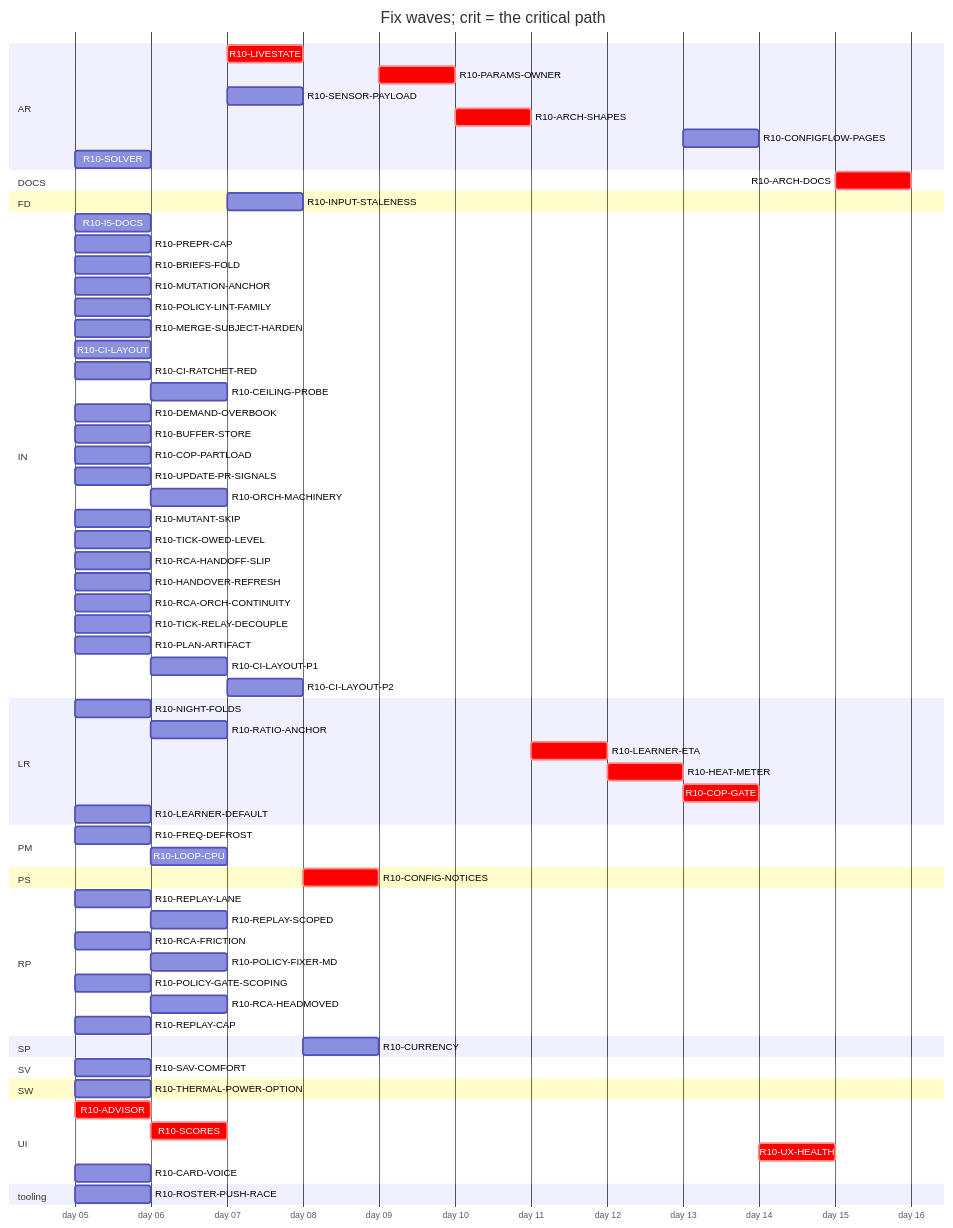
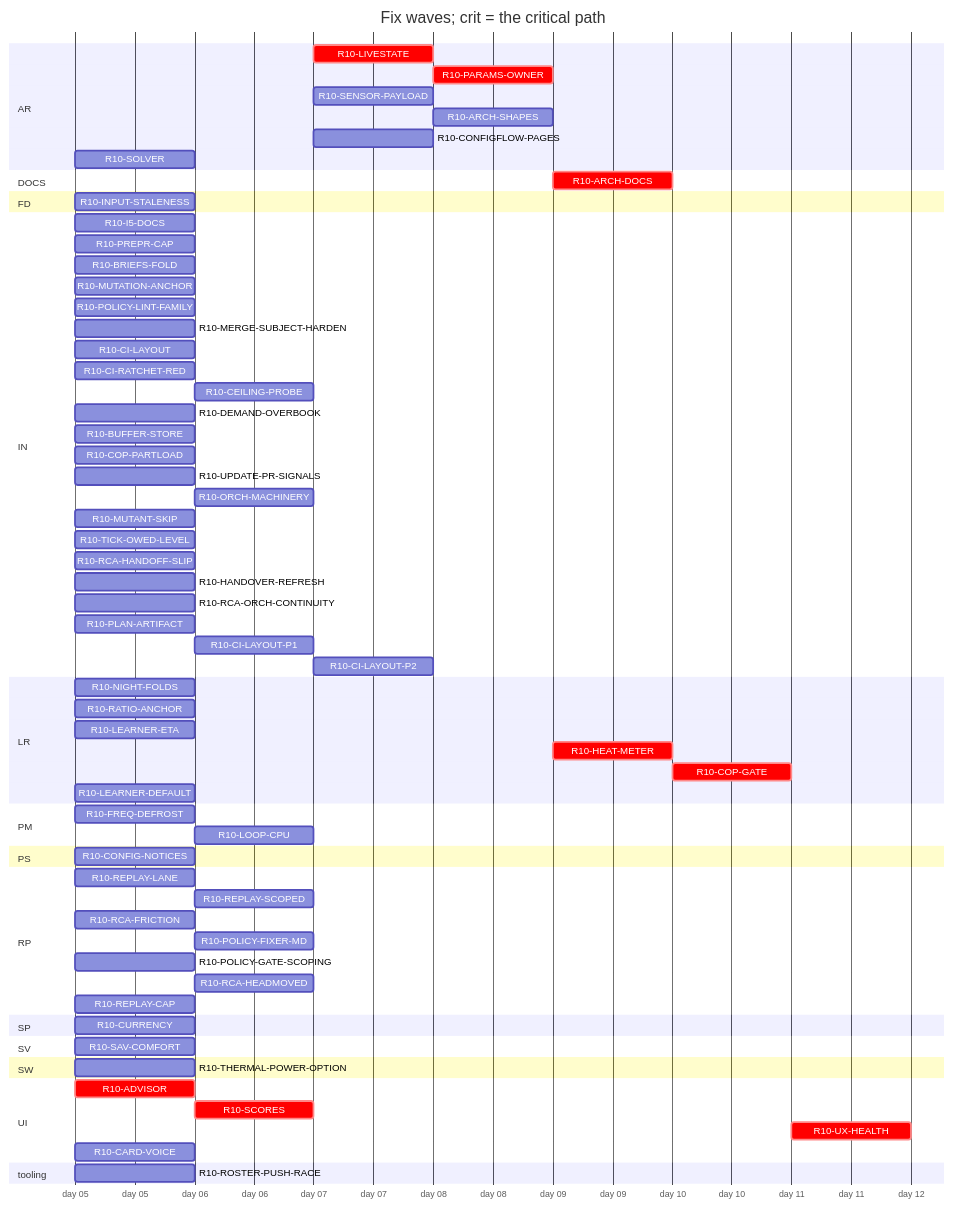
The diagram in handoff/round10/state/PLAN-TABLE.md (tvofi/heatpump_optimizer), drawn with Mermaid before and after one commit. The commit also changed other lines of this file and 2 other files, not shown here.

````diff
--- a/handoff/round10/state/PLAN-TABLE.md
+++ b/handoff/round10/state/PLAN-TABLE.md
@@ -26,74 +26,73 @@
 ```mermaid
 gantt
   title Fix waves; crit = the critical path
   dateFormat YYYY-MM-DD
   axisFormat day %d
   section AR
-    R10-LIVESTATE :crit, r10LIVESTATE, after r10SCORES, 1d
-    R10-PARAMS-OWNER :crit, r10PARAMSOWNER, after r10CONFIGNOTICES, 1d
+    R10-LIVESTATE :crit, r10LIVESTATE, after r10SCORES r10LOOPCPU, 1d
+    R10-PARAMS-OWNER :crit, r10PARAMSOWNER, after r10LIVESTATE r10NIGHTFOLDS r10RATIOANCHOR, 1d
     R10-SENSOR-PAYLOAD :r10SENSORPAYLOAD, after r10SCORES, 1d
-    R10-ARCH-SHAPES :crit, r10ARCHSHAPES, after r10PARAMSOWNER r10SENSORPAYLOAD r10FREQDEFROST, 1d
+    R10-ARCH-SHAPES :r10ARCHSHAPES, after r10SENSORPAYLOAD r10FREQDEFROST r10LIVESTATE r10INPUTSTALENESS, 1d
     R10-CONFIGFLOW-PAGES :r10CONFIGFLOWPAGES, after r10HEATMETER, 1d
     R10-SOLVER :r10SOLVER, 2026-01-05, 1d
   section DOCS
     R10-ARCH-DOCS :crit, r10ARCHDOCS, after r10NIGHTFOLDS r10RATIOANCHOR r10INPUTSTALENESS r10CURRENCY r10FREQDEFROST r10LOOPCPU r10ADVISOR r10SCORES r10LIVESTATE r10CONFIGNOTICES r10PARAMSOWNER r10SENSORPAYLOAD r10ARCHSHAPES r10LEARNERETA r10HEATMETER r10COPGATE r10UXHEALTH r10CONFIGFLOWPAGES r10SOLVER r10I5DOCS r10BRIEFSFOLD r10REPLAYLANE r10REPLAYSCOPED, 1d
   section FD
-    R10-INPUT-STALENESS :r10INPUTSTALENESS, after r10RATIOANCHOR, 1d
+    R10-INPUT-STALENESS :r10INPUTSTALENESS, 2026-01-05, 1d
   section IN
     R10-I5-DOCS :r10I5DOCS, 2026-01-05, 1d
     R10-PREPR-CAP :r10PREPRCAP, 2026-01-05, 1d
     R10-BRIEFS-FOLD :r10BRIEFSFOLD, 2026-01-05, 1d
     R10-MUTATION-ANCHOR :r10MUTATIONANCHOR, 2026-01-05, 1d
     R10-POLICY-LINT-FAMILY :r10POLICYLINTFAMILY, 2026-01-05, 1d
     R10-MERGE-SUBJECT-HARDEN :r10MERGESUBJECTHARDEN, 2026-01-05, 1d
     R10-CI-LAYOUT :r10CILAYOUT, 2026-01-05, 1d
     R10-CI-RATCHET-RED :r10CIRATCHETRED, 2026-01-05, 1d
     R10-CEILING-PROBE :r10CEILINGPROBE, after r10CILAYOUT r10NIGHTFOLDS, 1d
     R10-DEMAND-OVERBOOK :r10DEMANDOVERBOOK, 2026-01-05, 1d
     R10-BUFFER-STORE :r10BUFFERSTORE, 2026-01-05, 1d
     R10-COP-PARTLOAD :r10COPPARTLOAD, 2026-01-05, 1d
     R10-UPDATE-PR-SIGNALS :r10UPDATEPRSIGNALS, 2026-01-05, 1d
     R10-ORCH-MACHINERY :r10ORCHMACHINERY, after r10CILAYOUT, 1d
     R10-MUTANT-SKIP :r10MUTANTSKIP, 2026-01-05, 1d
     R10-TICK-OWED-LEVEL :r10TICKOWEDLEVEL, 2026-01-05, 1d
     R10-RCA-HANDOFF-SLIP :r10RCAHANDOFFSLIP, 2026-01-05, 1d
     R10-HANDOVER-REFRESH :r10HANDOVERREFRESH, 2026-01-05, 1d
     R10-RCA-ORCH-CONTINUITY :r10RCAORCHCONTINUITY, 2026-01-05, 1d
-    R10-TICK-RELAY-DECOUPLE :r10TICKRELAYDECOUPLE, 2026-01-05, 1d
     R10-PLAN-ARTIFACT :r10PLANARTIFACT, 2026-01-05, 1d
     R10-CI-LAYOUT-P1 :r10CILAYOUTP1, after r10CILAYOUT, 1d
     R10-CI-LAYOUT-P2 :r10CILAYOUTP2, after r10CILAYOUTP1, 1d
   section LR
     R10-NIGHT-FOLDS :r10NIGHTFOLDS, 2026-01-05, 1d
-    R10-RATIO-ANCHOR :r10RATIOANCHOR, after r10NIGHTFOLDS, 1d
-    R10-LEARNER-ETA :crit, r10LEARNERETA, after r10ARCHSHAPES, 1d
-    R10-HEAT-METER :crit, r10HEATMETER, after r10LEARNERETA r10INPUTSTALENESS r10RATIOANCHOR, 1d
+    R10-RATIO-ANCHOR :r10RATIOANCHOR, 2026-01-05, 1d
+    R10-LEARNER-ETA :r10LEARNERETA, 2026-01-05, 1d
+    R10-HEAT-METER :crit, r10HEATMETER, after r10LEARNERETA r10INPUTSTALENESS r10RATIOANCHOR r10PARAMSOWNER r10ARCHSHAPES r10THERMALPOWEROPTION, 1d
     R10-COP-GATE :crit, r10COPGATE, after r10HEATMETER r10SENSORPAYLOAD, 1d
     R10-LEARNER-DEFAULT :r10LEARNERDEFAULT, 2026-01-05, 1d
   section PM
     R10-FREQ-DEFROST :r10FREQDEFROST, 2026-01-05, 1d
-    R10-LOOP-CPU :r10LOOPCPU, after r10FREQDEFROST, 1d
+    R10-LOOP-CPU :r10LOOPCPU, after r10NIGHTFOLDS, 1d
   section PS
-    R10-CONFIG-NOTICES :crit, r10CONFIGNOTICES, after r10LIVESTATE, 1d
+    R10-CONFIG-NOTICES :r10CONFIGNOTICES, 2026-01-05, 1d
   section RP
     R10-REPLAY-LANE :r10REPLAYLANE, 2026-01-05, 1d
     R10-REPLAY-SCOPED :r10REPLAYSCOPED, after r10REPLAYLANE, 1d
     R10-RCA-FRICTION :r10RCAFRICTION, 2026-01-05, 1d
     R10-POLICY-FIXER-MD :r10POLICYFIXERMD, after r10RCAFRICTION r10BRIEFSFOLD, 1d
     R10-POLICY-GATE-SCOPING :r10POLICYGATESCOPING, 2026-01-05, 1d
     R10-RCA-HEADMOVED :r10RCAHEADMOVED, after r10RCAFRICTION, 1d
     R10-REPLAY-CAP :r10REPLAYCAP, 2026-01-05, 1d
   section SP
-    R10-CURRENCY :r10CURRENCY, after r10INPUTSTALENESS, 1d
+    R10-CURRENCY :r10CURRENCY, 2026-01-05, 1d
   section SV
     R10-SAV-COMFORT :r10SAVCOMFORT, 2026-01-05, 1d
   section SW
     R10-THERMAL-POWER-OPTION :r10THERMALPOWEROPTION, 2026-01-05, 1d
   section UI
     R10-ADVISOR :crit, r10ADVISOR, 2026-01-05, 1d
     R10-SCORES :crit, r10SCORES, after r10ADVISOR, 1d
     R10-UX-HEALTH :crit, r10UXHEALTH, after r10SCORES r10COPGATE r10HEATMETER, 1d
     R10-CARD-VOICE :r10CARDVOICE, 2026-01-05, 1d
   section tooling
     R10-ROSTER-PUSH-RACE :r10ROSTERPUSHRACE, 2026-01-05, 1d
 ```
````
